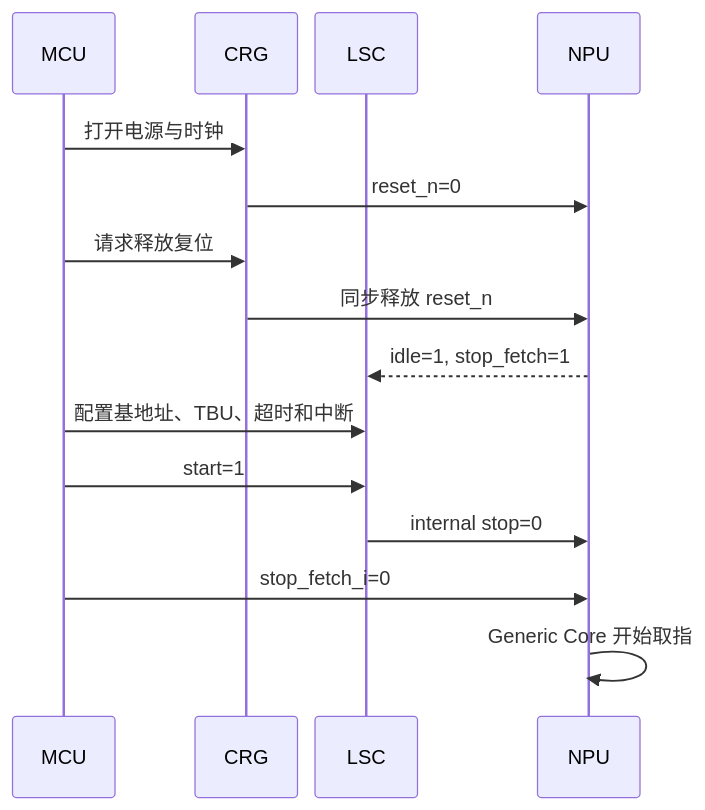
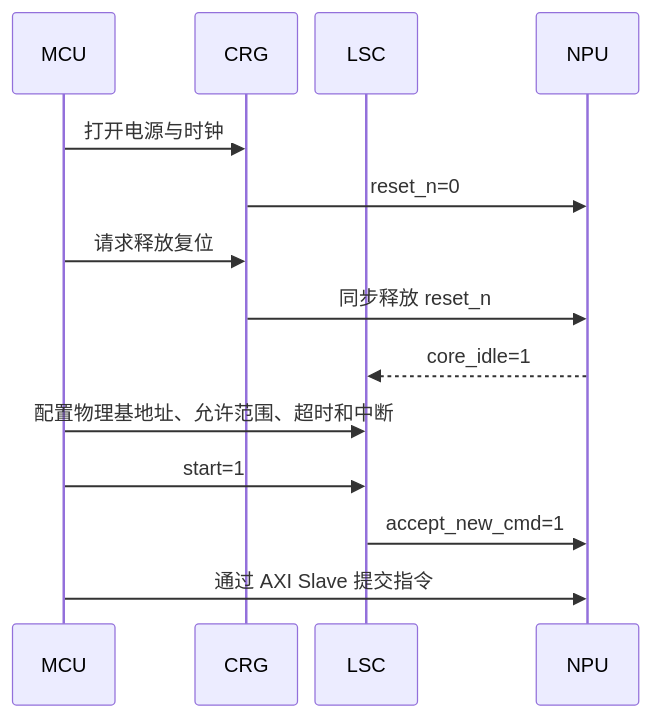
One commit to Little-W/Obsidian changed diagram 15 of 19 in NPU/NPU 指令与硬件架构设计 Spec.md. Above: the diagram before and after it, drawn with Mermaid. The commit also changed other lines of this file and 90 other files, not shown here.

````diff
--- a/NPU/NPU 指令与硬件架构设计 Spec.md
+++ b/NPU/NPU 指令与硬件架构设计 Spec.md
@@ -4617,19 +4419,18 @@
 ```mermaid
 %%{init: {"sequence": {"useMaxWidth": true, "actorMargin": 14, "width": 82, "messageMargin": 10, "noteMargin": 6}, "themeVariables": {"fontSize": "11px"}}}%%
 sequenceDiagram
     participant MCU
     participant CRG
     participant LSC
     participant NPU
 
     MCU->>CRG: 打开电源与时钟
     CRG->>NPU: reset_n=0
     MCU->>CRG: 请求释放复位
     CRG->>NPU: 同步释放 reset_n
-    NPU-->>LSC: idle=1, stop_fetch=1
-    MCU->>LSC: 配置基地址、TBU、超时和中断
+    NPU-->>LSC: core_idle=1
+    MCU->>LSC: 配置物理基地址、允许范围、超时和中断
     MCU->>LSC: start=1
-    LSC->>NPU: internal stop=0
-    MCU->>NPU: stop_fetch_i=0
-    NPU->>NPU: Generic Core 开始取指
+    LSC->>NPU: accept_new_cmd=1
+    MCU->>NPU: 通过 AXI Slave 提交指令
 ```
````
